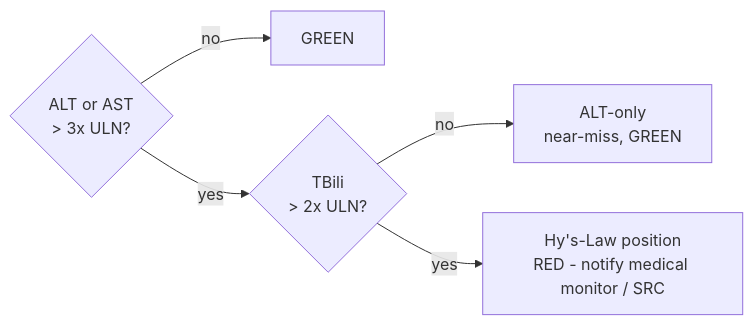
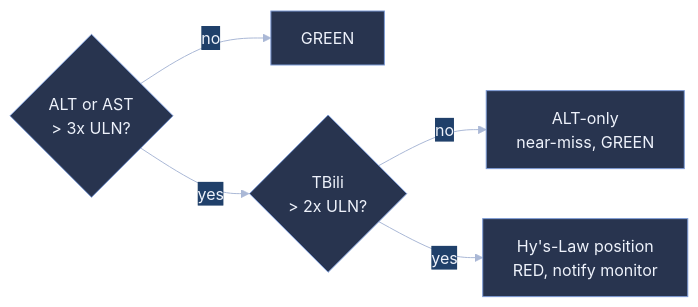
One commit to patrickiben/biometrics-ai-portfolio changed the diagram in sasr_monitoring_wiki/trialmon_quarto/trialmon-guide.qmd. Above: the diagram before and after it, drawn with Mermaid. The commit also changed other lines of this file and 45 other files, not shown here.

````diff
--- a/sasr_monitoring_wiki/trialmon_quarto/trialmon-guide.qmd
+++ b/sasr_monitoring_wiki/trialmon_quarto/trialmon-guide.qmd
@@ -45,7 +52,8 @@
 ```{mermaid}
+%%{init: {'theme':'base','themeVariables':{'primaryColor':'#28344f','primaryTextColor':'#eef2fb','primaryBorderColor':'#7d9bd6','lineColor':'#aab8d6','clusterBkg':'#161d33','clusterBorder':'#3a476a','tertiaryColor':'#20406a','tertiaryTextColor':'#eef2fb','tertiaryBorderColor':'#7d9bd6','secondaryColor':'#20406a','secondaryTextColor':'#eef2fb'}}}%%
 flowchart LR
-  A{ALT or AST<br/>> 3x ULN?} -->|no| G[GREEN]
-  A -->|yes| B{TBili<br/>> 2x ULN?}
-  B -->|no| N[ALT-only<br/>near-miss, GREEN]
-  B -->|yes| R[Hy's-Law position<br/>RED - notify medical monitor / SRC]
+  A{"ALT or AST<br/>&gt; 3x ULN?"} -->|no| G["GREEN"]
+  A -->|yes| B{"TBili<br/>&gt; 2x ULN?"}
+  B -->|no| N["ALT-only<br/>near-miss, GREEN"]
+  B -->|yes| R["Hy's-Law position<br/>RED, notify monitor"]
 ```
````
